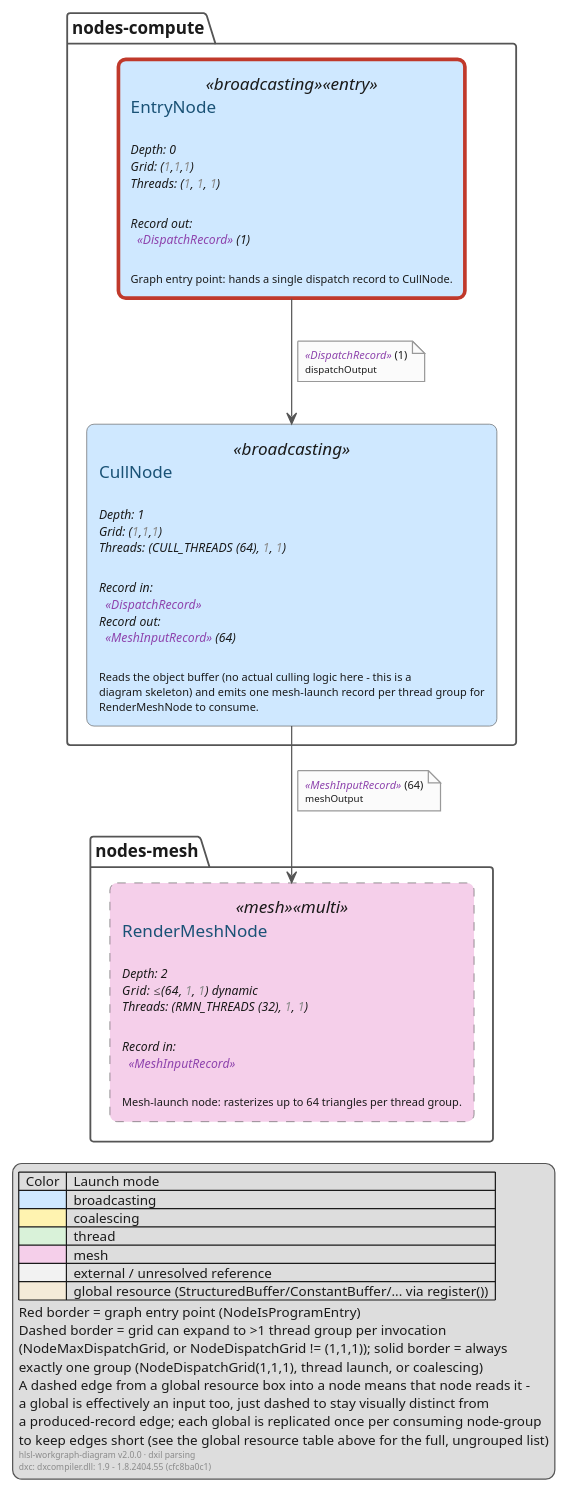
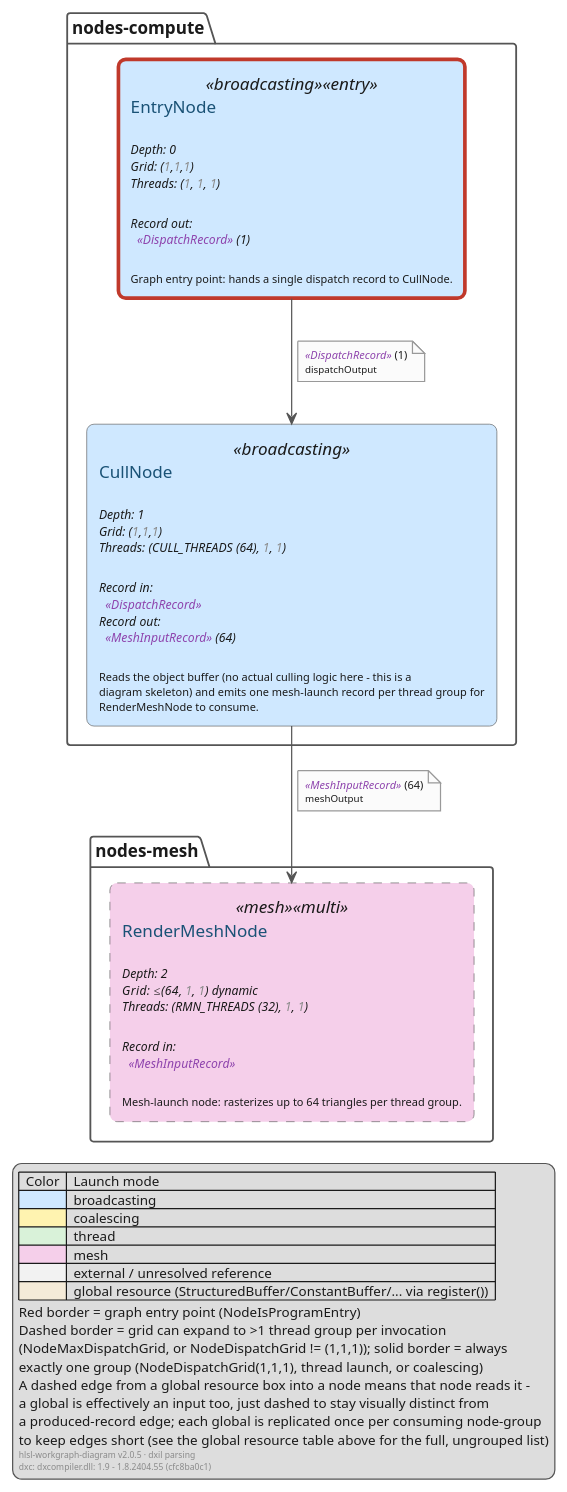
One commit to Feirell/hlsl-workgraph-diagram changed the diagram in examples/mesh-culling/gen/work-graph.dxil.puml. Above: the diagram before and after it, drawn with PlantUML. The commit also changed 11 other files, not shown here.

First line of the commit message:
Regenerate example diagrams (both examples, both parser paths)

```diff
--- a/examples/mesh-culling/gen/work-graph.dxil.puml
+++ b/examples/mesh-culling/gen/work-graph.dxil.puml
@@ -1,74 +1,74 @@
 @startuml WorkGraphDependencies
 hide empty description
 skinparam DefaultFontColor #1A1A1A
 skinparam ArrowColor #555555
 skinparam ArrowFontColor #333333
 skinparam NoteBackgroundColor #FBFBFB
 skinparam NoteBorderColor #999999
 skinparam NoteBorderThickness 1
 skinparam NoteFontSize 9
 skinparam NoteFontColor #1A1A1A
 skinparam PackageBorderColor #555555
 skinparam PackageFontColor #1A1A1A
 skinparam LegendBorderColor #555555
 skinparam LegendFontColor #1A1A1A
 skinparam LegendFontSize 11
 skinparam rectangle {
     RoundCorner 12
     BorderColor #555555
     BackgroundColor<<broadcasting>> #CFE8FF
     BackgroundColor<<coalescing>> #FFF3B0
     BackgroundColor<<thread>> #D9F2D9
     BackgroundColor<<mesh>> #F5CFEA
     BackgroundColor<<unknown>> #EEEEEE
     BackgroundColor<<external>> #F2F2F2
     BorderColor<<entry>> #C0392B
     BorderThickness<<entry>> 3
     BorderStyle<<external>> dashed
     BorderStyle<<multi>> dashed
 }
 skinparam database {
     BackgroundColor #F5EBD8
     BorderColor #9C7A3C
 }
 
 package "nodes-compute" {
     rectangle "<color:#1A5276>CullNode</color>\n\n<i><size:10>Depth: 1</size></i>\n<i><size:10>Grid: (<color:#8A8A8A>1</color>,<color:#8A8A8A>1</color>,<color:#8A8A8A>1</color>)</size></i>\n<i><size:10>Threads: (CULL_THREADS (64), <color:#8A8A8A>1</color>, <color:#8A8A8A>1</color>)</size></i>\n\n<i><size:10>Record in:</size></i>\n<i><size:10>  <color:#8E44AD><<DispatchRecord>></color></size></i>\n<i><size:10>Record out:</size></i>\n<i><size:10>  <color:#8E44AD><<MeshInputRecord>></color> (64)</size></i>\n\n<size:9>Reads the object buffer (no actual culling logic here - this is a</size>\n<size:9>diagram skeleton) and emits one mesh-launch record per thread group for</size>\n<size:9>RenderMeshNode to consume.</size>" as CullNode <<broadcasting>>
     rectangle "<color:#1A5276>EntryNode</color>\n\n<i><size:10>Depth: 0</size></i>\n<i><size:10>Grid: (<color:#8A8A8A>1</color>,<color:#8A8A8A>1</color>,<color:#8A8A8A>1</color>)</size></i>\n<i><size:10>Threads: (<color:#8A8A8A>1</color>, <color:#8A8A8A>1</color>, <color:#8A8A8A>1</color>)</size></i>\n\n<i><size:10>Record out:</size></i>\n<i><size:10>  <color:#8E44AD><<DispatchRecord>></color> (1)</size></i>\n\n<size:9>Graph entry point: hands a single dispatch record to CullNode.</size>" as EntryNode <<broadcasting>> <<entry>>
 }
 
 package "nodes-mesh" {
     rectangle "<color:#1A5276>RenderMeshNode</color>\n\n<i><size:10>Depth: 2</size></i>\n<i><size:10>Grid: ≤(64, <color:#8A8A8A>1</color>, <color:#8A8A8A>1</color>) dynamic</size></i>\n<i><size:10>Threads: (RMN_THREADS (32), <color:#8A8A8A>1</color>, <color:#8A8A8A>1</color>)</size></i>\n\n<i><size:10>Record in:</size></i>\n<i><size:10>  <color:#8E44AD><<MeshInputRecord>></color></size></i>\n\n<size:9>Mesh-launch node: rasterizes up to 64 triangles per thread group.</size>" as RenderMeshNode <<mesh>> <<multi>>
 }
 
 CullNode --> RenderMeshNode
 note on link
   <i><color:#8E44AD><<MeshInputRecord>></color></i> (64)
   <size:8>meshOutput</size>
 end note
 EntryNode --> CullNode
 note on link
   <i><color:#8E44AD><<DispatchRecord>></color></i> (1)
   <size:8>dispatchOutput</size>
 end note
 
 legend right
   |  Color  |  Launch mode  |
   |  <#CFE8FF>  |  broadcasting  |
   |  <#FFF3B0>  |  coalescing  |
   |  <#D9F2D9>  |  thread  |
   |  <#F5CFEA>  |  mesh  |
   |  <#F2F2F2>  |  external / unresolved reference  |
   |  <#F5EBD8>  |  global resource (StructuredBuffer/ConstantBuffer/... via register())  |
   Red border = graph entry point (NodeIsProgramEntry)
   Dashed border = grid can expand to >1 thread group per invocation
   (NodeMaxDispatchGrid, or NodeDispatchGrid != (1,1,1)); solid border = always
   exactly one group (NodeDispatchGrid(1,1,1), thread launch, or coalescing)
   A dashed edge from a global resource box into a node means that node reads it -
   a global is effectively an input too, just dashed to stay visually distinct from
   a produced-record edge; each global is replicated once per consuming node-group
   to keep edges short (see the global resource table above for the full, ungrouped list)
-  <size:7><color:#8A8A8A>hlsl-workgraph-diagram v2.0.0 · dxil parsing</color></size>
+  <size:7><color:#8A8A8A>hlsl-workgraph-diagram v2.0.5 · dxil parsing</color></size>
   <size:7><color:#8A8A8A>dxc: dxcompiler.dll: 1.9 - 1.8.2404.55 (cfc8ba0c1)</color></size>
 endlegend
 @enduml
```
